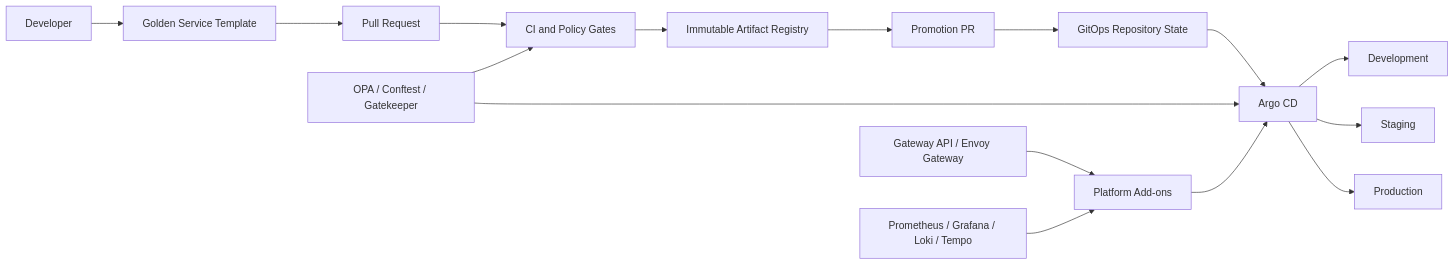
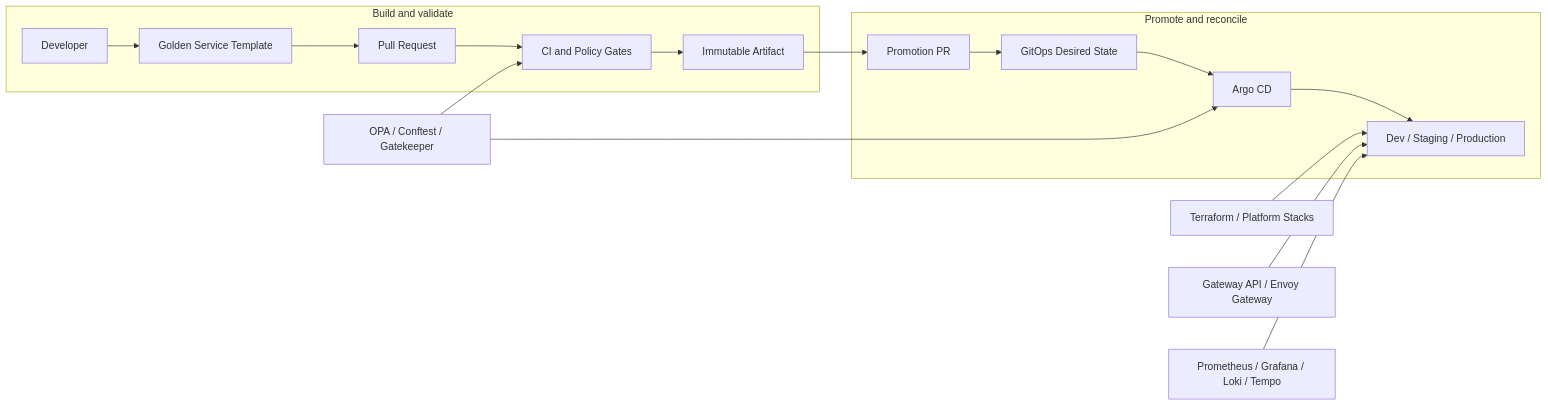
One commit to lloga29/goldenPath changed the diagram in README.md. Above: the diagram before and after it, drawn with Mermaid. The commit also changed other lines of this file, not shown here.

Commit message:
docs: enhance README project presentation

````diff
--- a/README.md
+++ b/README.md
@@ -44,18 +33,22 @@
 ```mermaid
 flowchart LR
-    Dev[Developer] --> Template[Golden Service Template]
-    Template --> PR[Pull Request]
-    PR --> CI[CI and Policy Gates]
-    CI --> Registry[Immutable Artifact Registry]
-    Registry --> Promotion[Promotion PR]
-    Promotion --> GitOps[GitOps Repository State]
-    GitOps --> Argo[Argo CD]
-    Argo --> DevEnv[Development]
-    Argo --> Staging[Staging]
-    Argo --> Prod[Production]
-    Policies[OPA / Conftest / Gatekeeper] --> CI
-    Policies --> Argo
-    Platform[Platform Add-ons] --> Argo
-    Gateway[Gateway API / Envoy Gateway] --> Platform
-    Obs[Prometheus / Grafana / Loki / Tempo] --> Platform
+    subgraph Build[Build and validate]
+        Dev[Developer] --> Template[Golden Service Template]
+        Template --> PR[Pull Request]
+        PR --> Gates[CI and Policy Gates]
+        Gates --> Artifact[Immutable Artifact]
+    end
+
+    subgraph Deliver[Promote and reconcile]
+        Artifact --> Promotion[Promotion PR]
+        Promotion --> GitOps[GitOps Desired State]
+        GitOps --> Argo[Argo CD]
+        Argo --> Runtime[Dev / Staging / Production]
+    end
+
+    Guardrails[OPA / Conftest / Gatekeeper] --> Gates
+    Guardrails --> Argo
+    IaC[Terraform / Platform Stacks] --> Runtime
+    Gateway[Gateway API / Envoy Gateway] --> Runtime
+    Observability[Prometheus / Grafana / Loki / Tempo] --> Runtime
 ```
````
